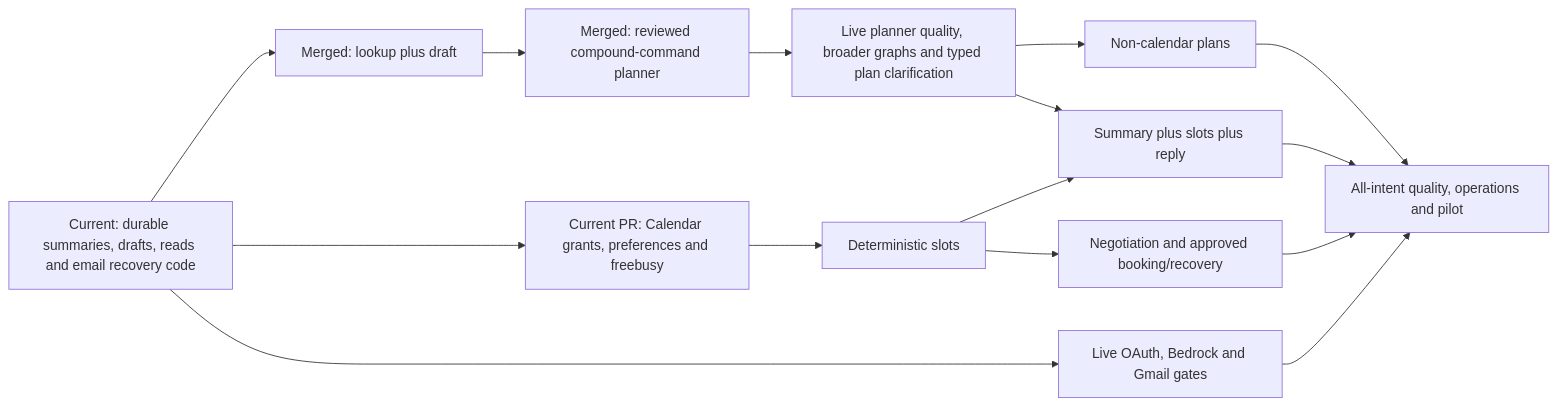
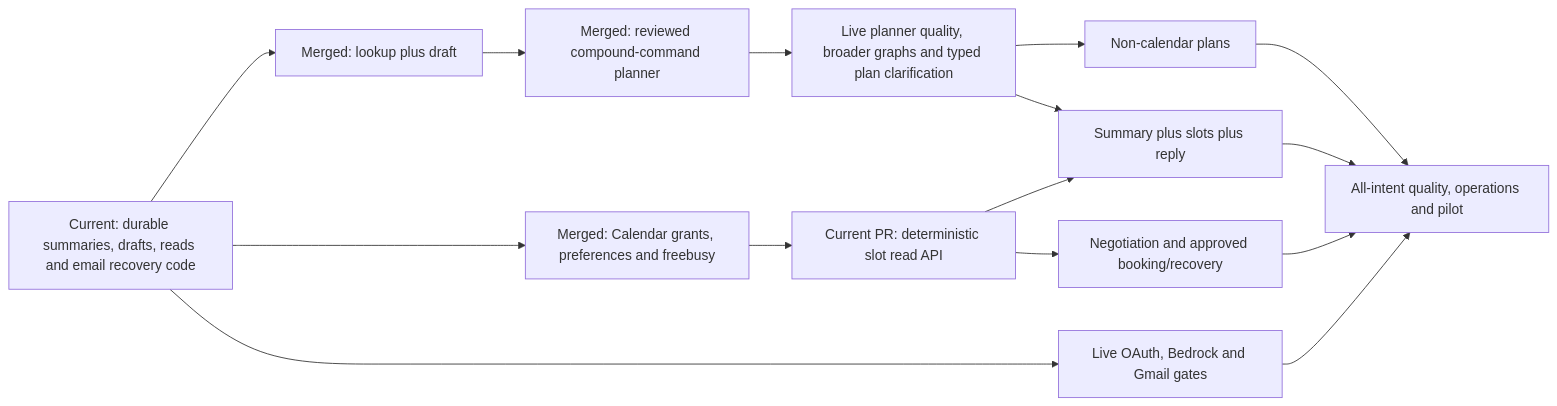
Before and after one commit to bhowmikdham/Threadly: the diagram in docs/backend-progress.md, drawn with Mermaid. The commit also changed other lines of this file and 21 other files, not shown here.

Commit message:
feat(calendar): add deterministic anchored slot queries

````diff
--- a/docs/backend-progress.md
+++ b/docs/backend-progress.md
@@ -99,17 +100,17 @@
 ```mermaid
 flowchart LR
     A[Current: durable summaries, drafts, reads and email recovery code] --> B[Merged: lookup plus draft]
     B --> P[Merged: reviewed compound-command planner]
     P --> C[Live planner quality, broader graphs and typed plan clarification]
     C --> D[Non-calendar plans]
-    A --> E[Current PR: Calendar grants, preferences and freebusy]
-    E --> F[Deterministic slots]
+    A --> E[Merged: Calendar grants, preferences and freebusy]
+    E --> F[Current PR: deterministic slot read API]
     C --> G[Summary plus slots plus reply]
     F --> G
     F --> H[Negotiation and approved booking/recovery]
     A --> I[Live OAuth, Bedrock and Gmail gates]
     D --> J[All-intent quality, operations and pilot]
     G --> J
     H --> J
     I --> J
 ```
````
